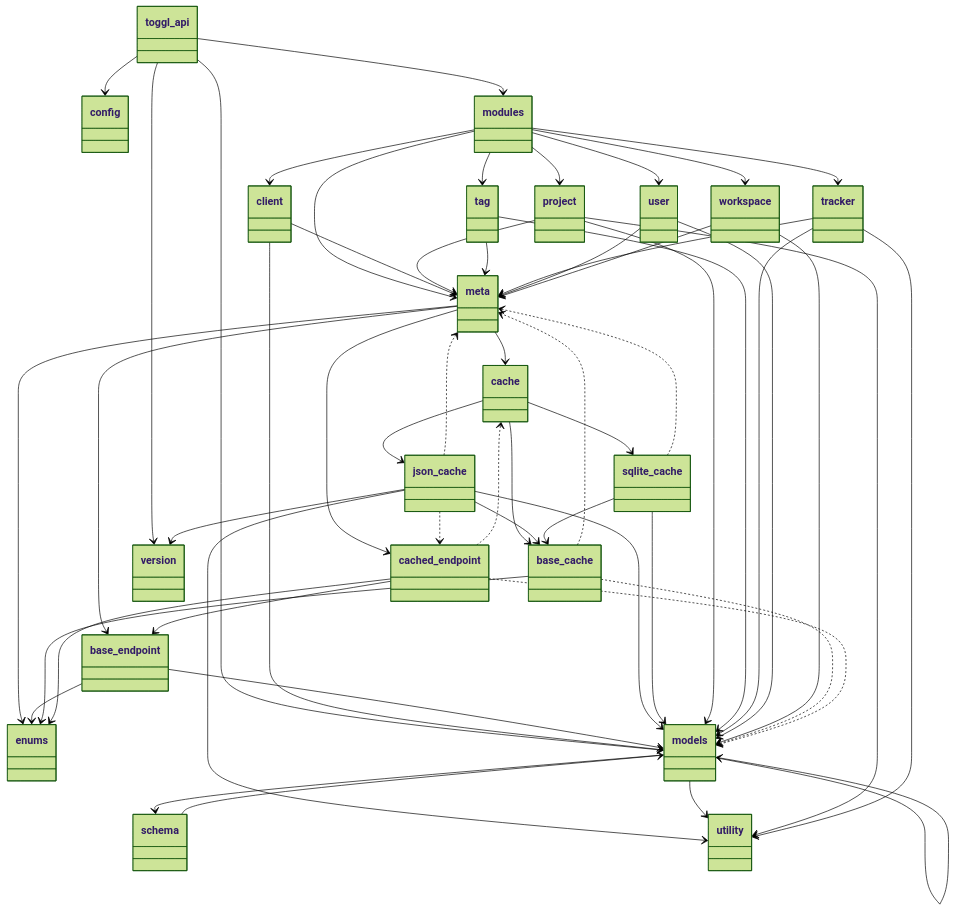
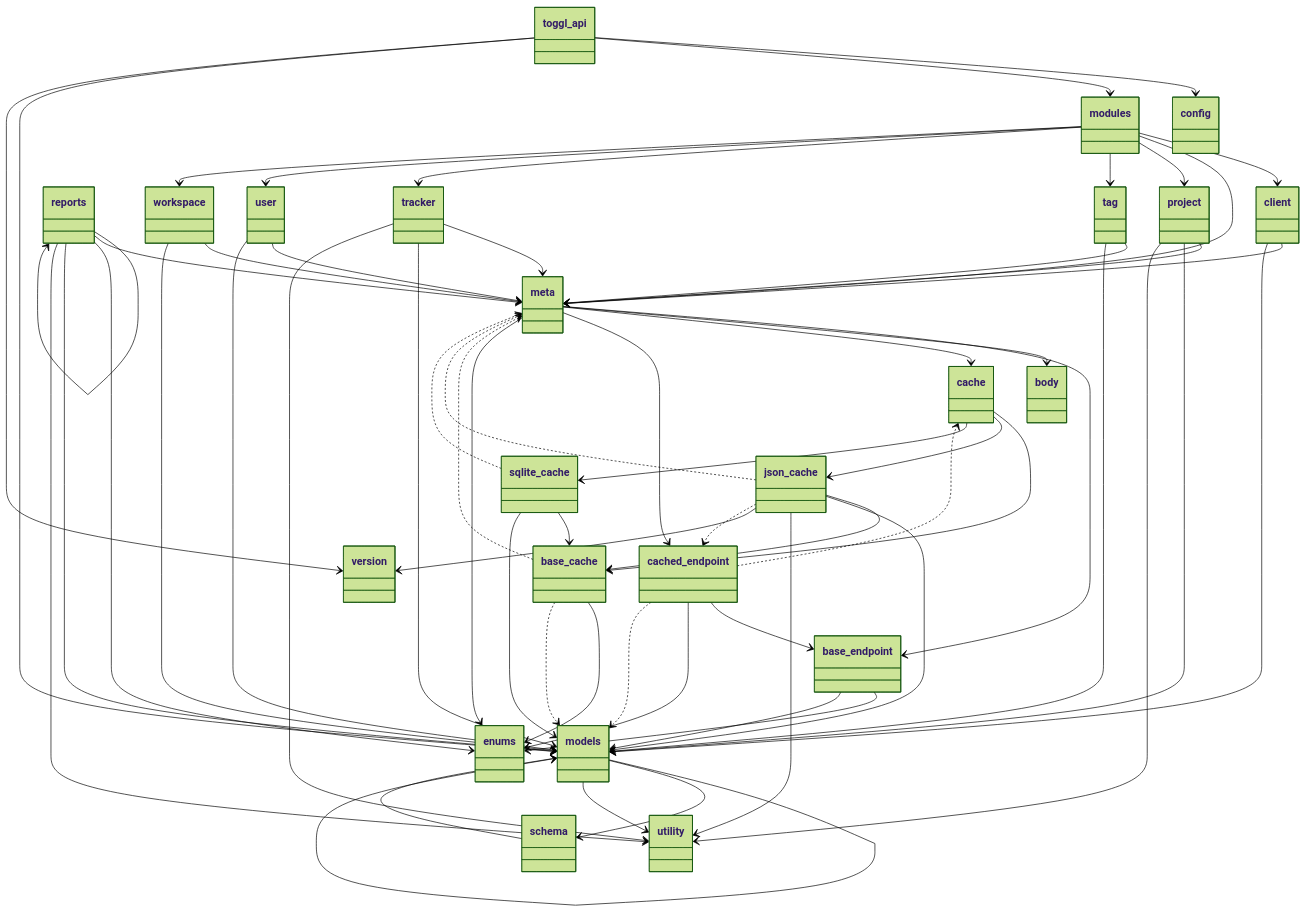
Before and after one commit to ddkasa/toggl-api-wrapper: the diagram in docs/static/mermaid/packages.mmd, drawn with Mermaid (forest theme). The commit also changed 1 other file, not shown here.

Commit message:
docs: update mermaid diagrams

```diff
--- a/docs/static/mermaid/packages.mmd
+++ b/docs/static/mermaid/packages.mmd
@@ -1,99 +1,111 @@
 classDiagram
   class toggl_api {
   }
   class config {
   }
   class modules {
   }
   class client {
   }
   class meta {
   }
   class base_endpoint {
+  }
+  class body {
   }
   class cache {
   }
   class base_cache {
   }
   class json_cache {
   }
   class sqlite_cache {
   }
   class cached_endpoint {
   }
   class enums {
   }
   class models {
   }
   class models {
   }
   class schema {
   }
   class project {
+  }
+  class reports {
+  }
+  class reports {
   }
   class tag {
   }
   class tracker {
   }
   class user {
   }
   class workspace {
   }
   class utility {
   }
   class version {
   }
   toggl_api --> config
   toggl_api --> modules
   toggl_api --> models
   toggl_api --> version
   modules --> client
   modules --> meta
   modules --> project
   modules --> tag
   modules --> tracker
   modules --> user
   modules --> workspace
   client --> meta
   client --> models
   meta --> base_endpoint
+  meta --> body
   meta --> cache
   meta --> cached_endpoint
   meta --> enums
   base_endpoint --> enums
   base_endpoint --> models
   cache --> base_cache
   cache --> json_cache
   cache --> sqlite_cache
   base_cache --> enums
   json_cache --> base_cache
   json_cache --> models
   json_cache --> utility
   json_cache --> version
   sqlite_cache --> base_cache
   sqlite_cache --> models
   cached_endpoint --> base_endpoint
   cached_endpoint --> enums
   models --> models
   models --> schema
   models --> utility
   schema --> models
   project --> meta
   project --> models
   project --> utility
+  reports --> reports
+  reports --> meta
+  reports --> enums
+  reports --> models
+  reports --> utility
   tag --> meta
   tag --> models
   tracker --> meta
   tracker --> models
   tracker --> utility
   user --> meta
   user --> models
   workspace --> meta
   workspace --> models
   base_cache ..> meta
   base_cache ..> models
   json_cache ..> meta
   json_cache ..> cached_endpoint
   sqlite_cache ..> meta
   cached_endpoint ..> cache
   cached_endpoint ..> models
```
